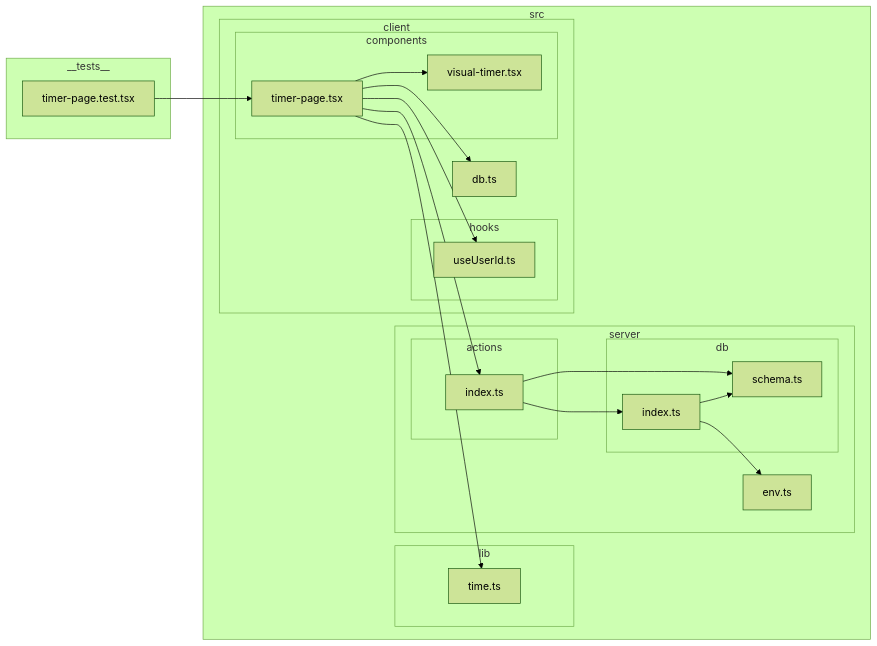
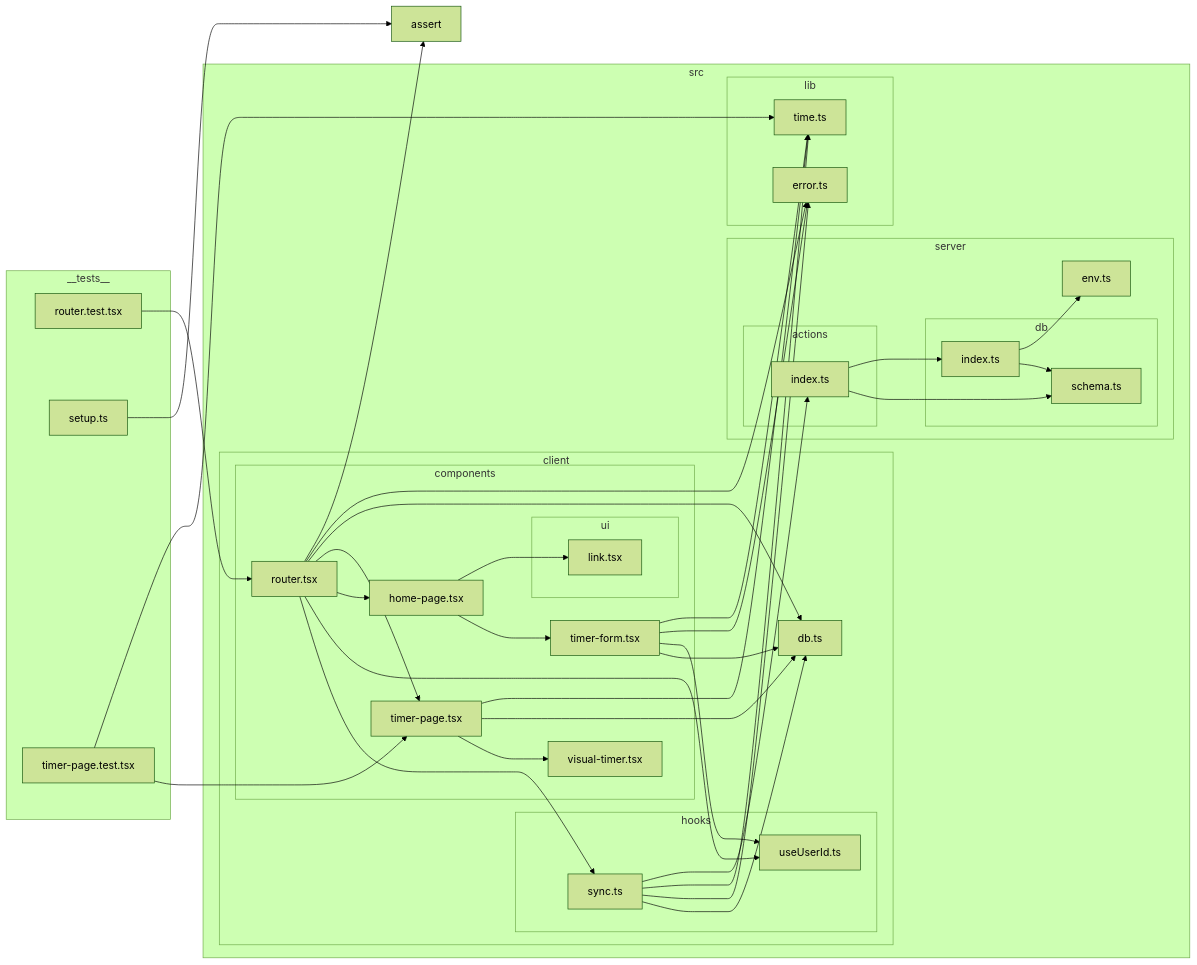
One commit to axolotl-logic/work-time changed the diagram in reports/dependency-graph.mmd. Above: the diagram before and after it, drawn with Mermaid (forest theme). The commit also changed 2 other files, not shown here.

Commit message:
Commit from GitHub Actions (Generate Dep Graph)

```diff
--- a/reports/dependency-graph.mmd
+++ b/reports/dependency-graph.mmd
@@ -1,40 +1,69 @@
 flowchart LR
 
 subgraph 0["__tests__"]
-1["timer-page.test.tsx"]
+1["router.test.tsx"]
+R["setup.ts"]
+S["timer-page.test.tsx"]
 end
 subgraph 2["src"]
 subgraph 3["client"]
 subgraph 4["components"]
-5["timer-page.tsx"]
-6["visual-timer.tsx"]
+5["router.tsx"]
+L["home-page.tsx"]
+M["timer-form.tsx"]
+subgraph N["ui"]
+O["link.tsx"]
 end
-7["db.ts"]
-subgraph 8["hooks"]
-9["useUserId.ts"]
+P["timer-page.tsx"]
+Q["visual-timer.tsx"]
+end
+subgraph 7["hooks"]
+8["sync.ts"]
+K["useUserId.ts"]
+end
+9["db.ts"]
+end
+subgraph A["lib"]
+B["error.ts"]
+C["time.ts"]
+end
+subgraph D["server"]
+subgraph E["actions"]
+F["index.ts"]
+end
+subgraph G["db"]
+H["schema.ts"]
+I["index.ts"]
+end
+J["env.ts"]
 end
 end
-subgraph A["lib"]
-B["time.ts"]
-end
-subgraph C["server"]
-subgraph D["actions"]
-E["index.ts"]
-end
-subgraph F["db"]
-G["schema.ts"]
-H["index.ts"]
-end
-I["env.ts"]
-end
-end
+6["assert"]
 1-->5
-5-->6
-5-->7
+5-->8
+5-->K
+5-->L
+5-->P
 5-->9
 5-->B
-5-->E
-E-->G
-E-->H
-H-->G
-H-->I
+5-->6
+8-->9
+8-->B
+8-->C
+8-->F
+F-->H
+F-->I
+I-->H
+I-->J
+L-->M
+L-->O
+M-->9
+M-->K
+M-->B
+M-->C
+P-->Q
+P-->9
+P-->C
+R-->6
+S-->P
+S-->C
```
